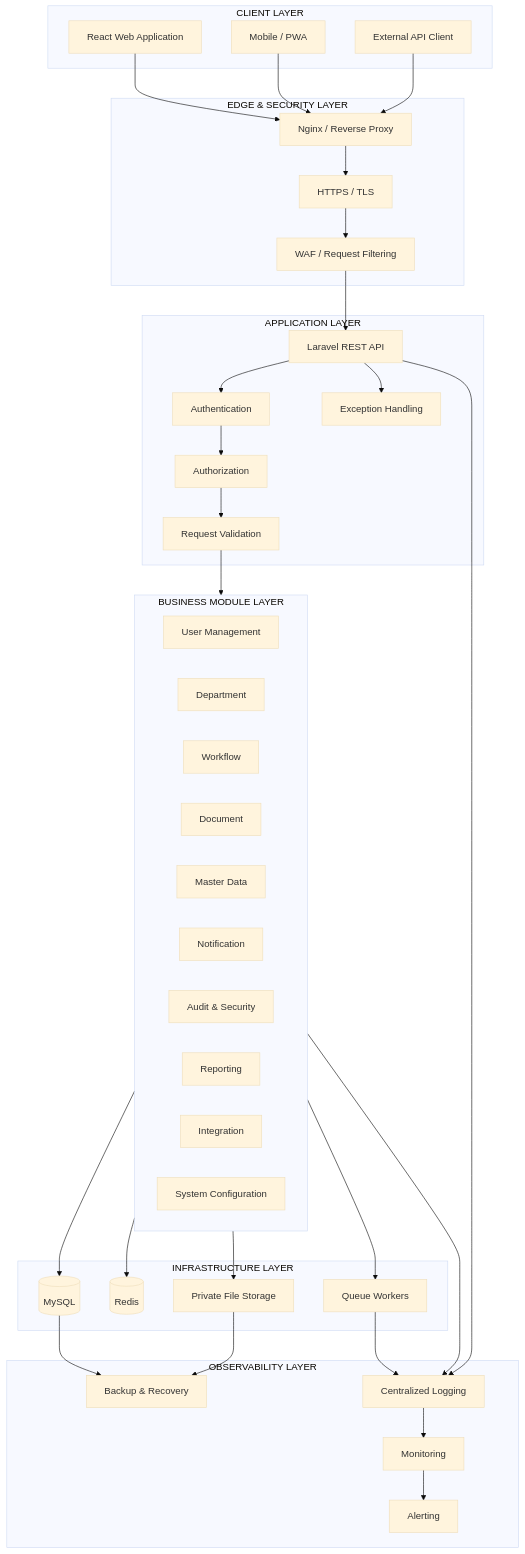
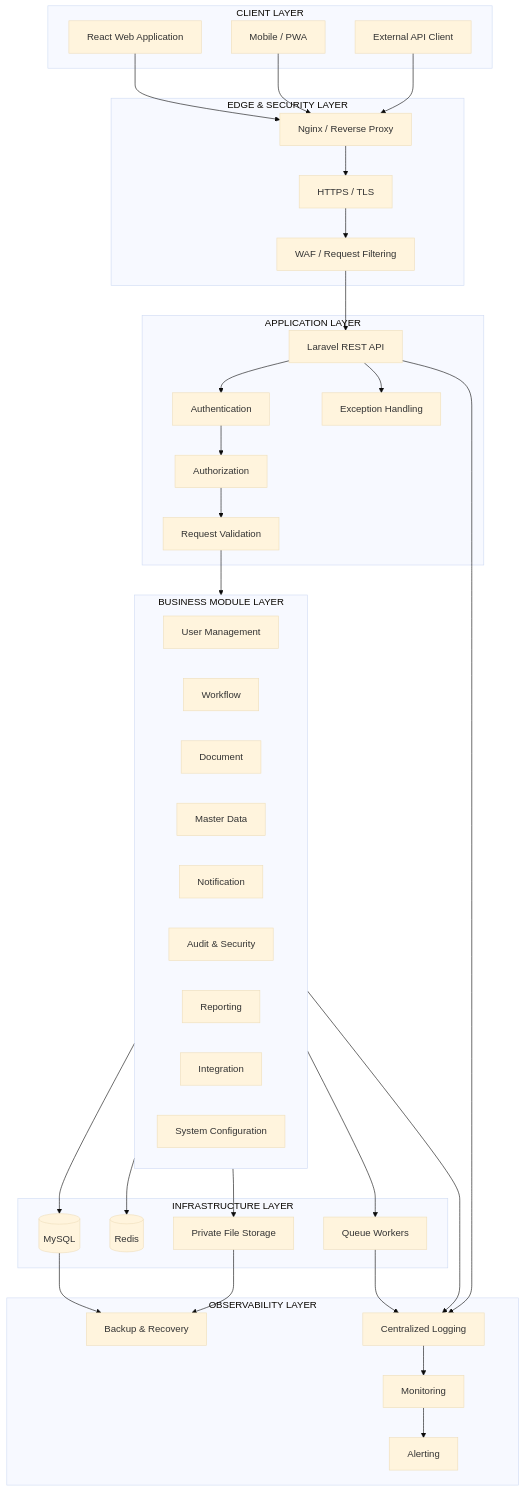
The first of 5 diagrams in docs/SYSTEM_ARCHITECTURE.md (AhmadKris/laravel-base), drawn with Mermaid (base theme) before and after one commit. The commit also changed other lines of this file and 73 other files, not shown here.

````diff
--- a/docs/SYSTEM_ARCHITECTURE.md
+++ b/docs/SYSTEM_ARCHITECTURE.md
@@ -145,78 +144,77 @@
 ```mermaid
 flowchart TB
     subgraph CLIENT["CLIENT LAYER"]
         WEB["React Web Application"]
         PWA["Mobile / PWA"]
         EXT["External API Client"]
     end
 
     subgraph EDGE["EDGE & SECURITY LAYER"]
         PROXY["Nginx / Reverse Proxy"]
         TLS["HTTPS / TLS"]
         WAF["WAF / Request Filtering"]
     end
 
     subgraph APP["APPLICATION LAYER"]
         API["Laravel REST API"]
         AUTH["Authentication"]
         AUTHZ["Authorization"]
         VALID["Request Validation"]
         EXC["Exception Handling"]
     end
 
     subgraph MODULES["BUSINESS MODULE LAYER"]
         USER["User Management"]
-        ORG["Department"]
         WORK["Workflow"]
         DOC["Document"]
         MASTER["Master Data"]
         NOTIF["Notification"]
         AUDIT["Audit & Security"]
         REPORT["Reporting"]
         INTEG["Integration"]
         CONFIG["System Configuration"]
     end
 
     subgraph INFRA["INFRASTRUCTURE LAYER"]
         DB[("MySQL")]
         REDIS[("Redis")]
         STORAGE["Private File Storage"]
         QUEUE["Queue Workers"]
     end
 
     subgraph OBS["OBSERVABILITY LAYER"]
         LOG["Centralized Logging"]
         MON["Monitoring"]
         ALERT["Alerting"]
         BACKUP["Backup & Recovery"]
     end
 
     WEB --> PROXY
     PWA --> PROXY
     EXT --> PROXY
 
     PROXY --> TLS
     TLS --> WAF
     WAF --> API
 
     API --> AUTH
     AUTH --> AUTHZ
     AUTHZ --> VALID
     VALID --> MODULES
 
     API --> EXC
 
     MODULES --> DB
     MODULES --> REDIS
     MODULES --> STORAGE
     MODULES --> QUEUE
 
     MODULES --> LOG
     API --> LOG
     QUEUE --> LOG
 
     LOG --> MON
     MON --> ALERT
     DB --> BACKUP
     STORAGE --> BACKUP
 ```
````
